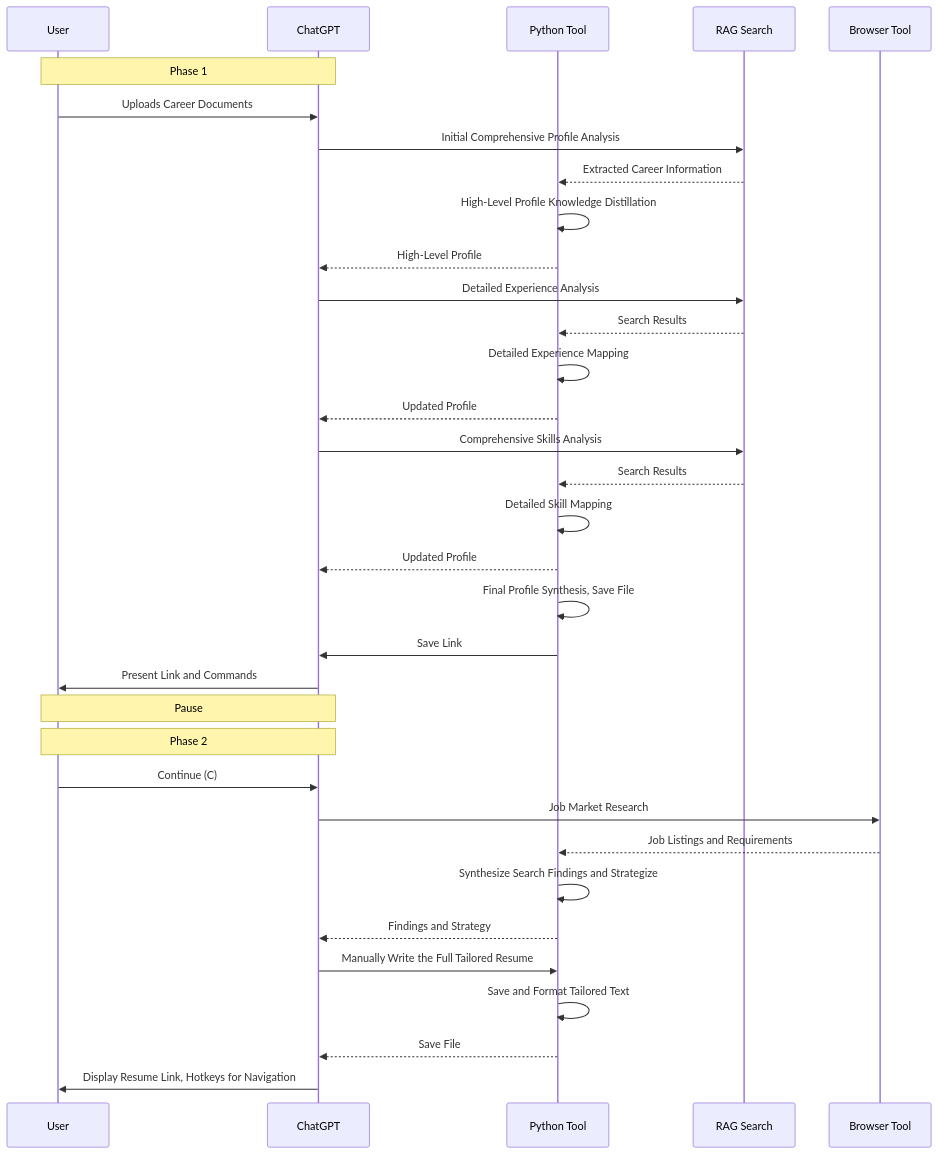
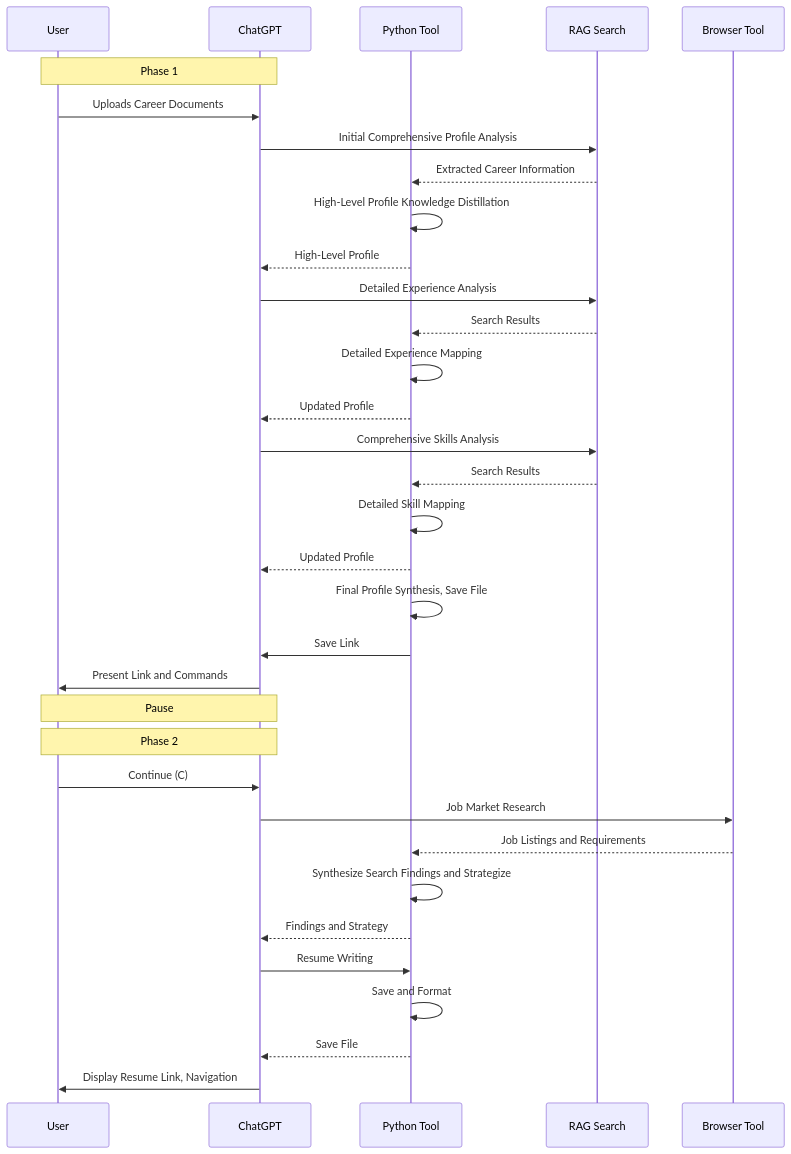
One commit to nerority/Advanced-GPTs changed the second of 11 diagrams in README.md. Above: the diagram before and after it, drawn with Mermaid.

````diff
--- a/README.md
+++ b/README.md
@@ -136,38 +136,38 @@
 ```mermaid
 sequenceDiagram
     participant User
     participant ChatGPT
     participant PythonTool as Python Tool
     participant RAG as RAG Search
     participant Browser as Browser Tool
 
     note over User, ChatGPT: Phase 1
     User->>ChatGPT: Uploads Career Documents
     ChatGPT->>RAG: Initial Comprehensive Profile Analysis
     RAG-->>PythonTool: Extracted Career Information
     PythonTool->>PythonTool: High-Level Profile Knowledge Distillation
     PythonTool-->>ChatGPT: High-Level Profile
     ChatGPT->>RAG: Detailed Experience Analysis
     RAG-->>PythonTool: Search Results
     PythonTool->>PythonTool: Detailed Experience Mapping
     PythonTool-->>ChatGPT: Updated Profile
     ChatGPT->>RAG: Comprehensive Skills Analysis
     RAG-->>PythonTool: Search Results
     PythonTool->>PythonTool: Detailed Skill Mapping
     PythonTool-->>ChatGPT: Updated Profile
     PythonTool->>PythonTool: Final Profile Synthesis, Save File
     PythonTool->>ChatGPT: Save Link
     ChatGPT->>User: Present Link and Commands
     note over User, ChatGPT: Pause
 
     note over User, ChatGPT: Phase 2
     User->>ChatGPT: Continue (C)
     ChatGPT->>Browser: Job Market Research
     Browser-->>PythonTool: Job Listings and Requirements
     PythonTool->>PythonTool: Synthesize Search Findings and Strategize
     PythonTool-->>ChatGPT: Findings and Strategy
-    ChatGPT->>PythonTool: Manually Write the Full Tailored Resume
-    PythonTool->>PythonTool: Save and Format Tailored Text
+    ChatGPT->>PythonTool: Resume Writing
+    PythonTool->>PythonTool: Save and Format
     PythonTool-->>ChatGPT: Save File 
-    ChatGPT->>User: Display Resume Link, Hotkeys for Navigation
+    ChatGPT->>User: Display Resume Link, Navigation
 ```
````
